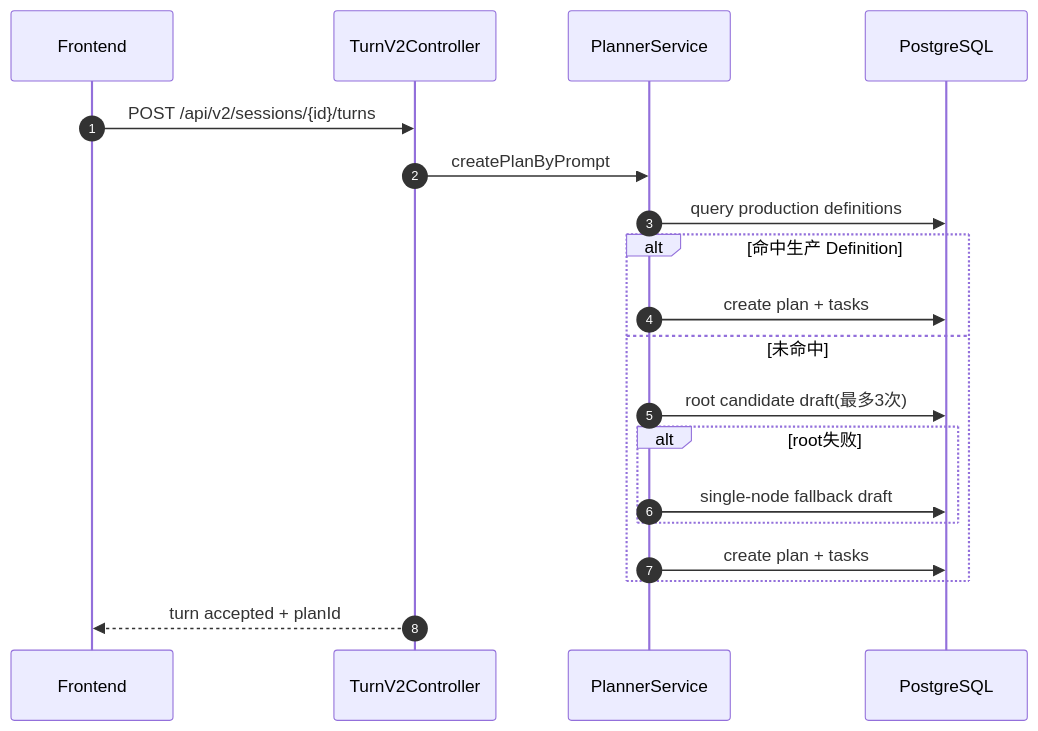
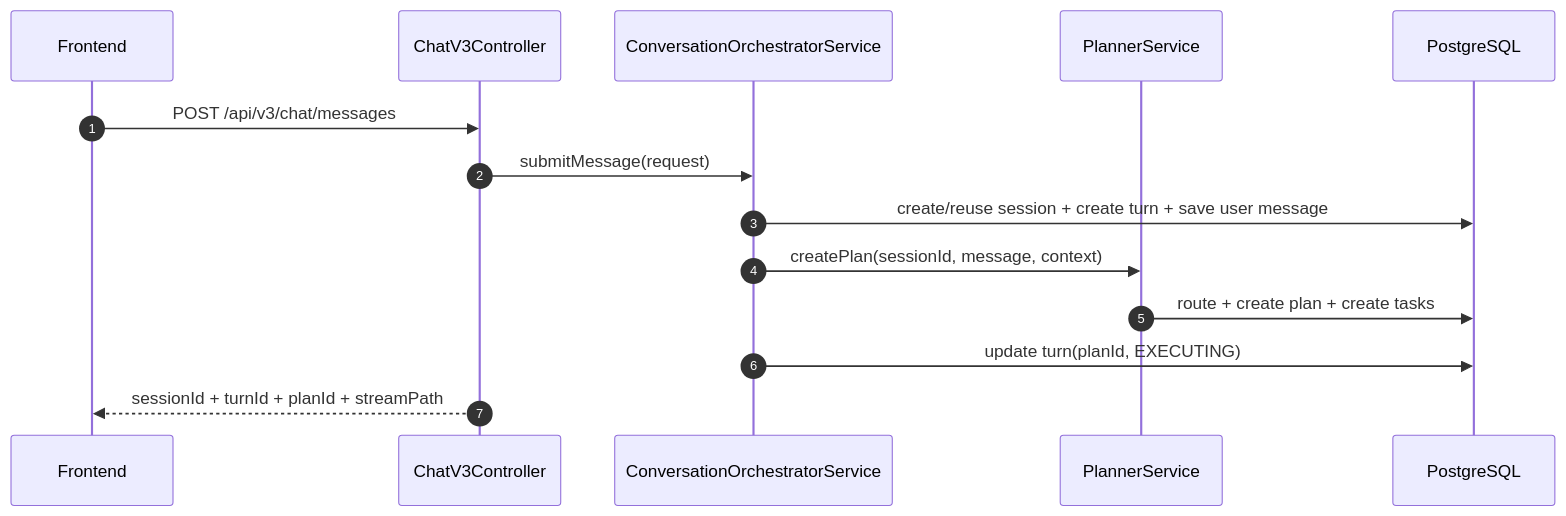
Before and after one commit to letmetocode/agent: the first of 3 diagrams in docs/02-system-architecture.md, drawn with Mermaid. The commit also changed other lines of this file and 4 other files, not shown here.

````diff
--- a/docs/02-system-architecture.md
+++ b/docs/02-system-architecture.md
@@ -75,22 +68,17 @@
 ```mermaid
 sequenceDiagram
     autonumber
     participant UI as Frontend
-    participant API as TurnV2Controller
+    participant ChatV3 as ChatV3Controller
+    participant Orchestrator as ConversationOrchestratorService
     participant Planner as PlannerService
     participant DB as PostgreSQL
 
-    UI->>API: POST /api/v2/sessions/{id}/turns
-    API->>Planner: createPlanByPrompt
-    Planner->>DB: query production definitions
-    alt 命中生产 Definition
-      Planner->>DB: create plan + tasks
-    else 未命中
-      Planner->>DB: root candidate draft(最多3次)
-      alt root失败
-        Planner->>DB: single-node fallback draft
-      end
-      Planner->>DB: create plan + tasks
-    end
-    API-->>UI: turn accepted + planId
+    UI->>ChatV3: POST /api/v3/chat/messages
+    ChatV3->>Orchestrator: submitMessage(request)
+    Orchestrator->>DB: create/reuse session + create turn + save user message
+    Orchestrator->>Planner: createPlan(sessionId, message, context)
+    Planner->>DB: route + create plan + create tasks
+    Orchestrator->>DB: update turn(planId, EXECUTING)
+    ChatV3-->>UI: sessionId + turnId + planId + streamPath
 ```
````
